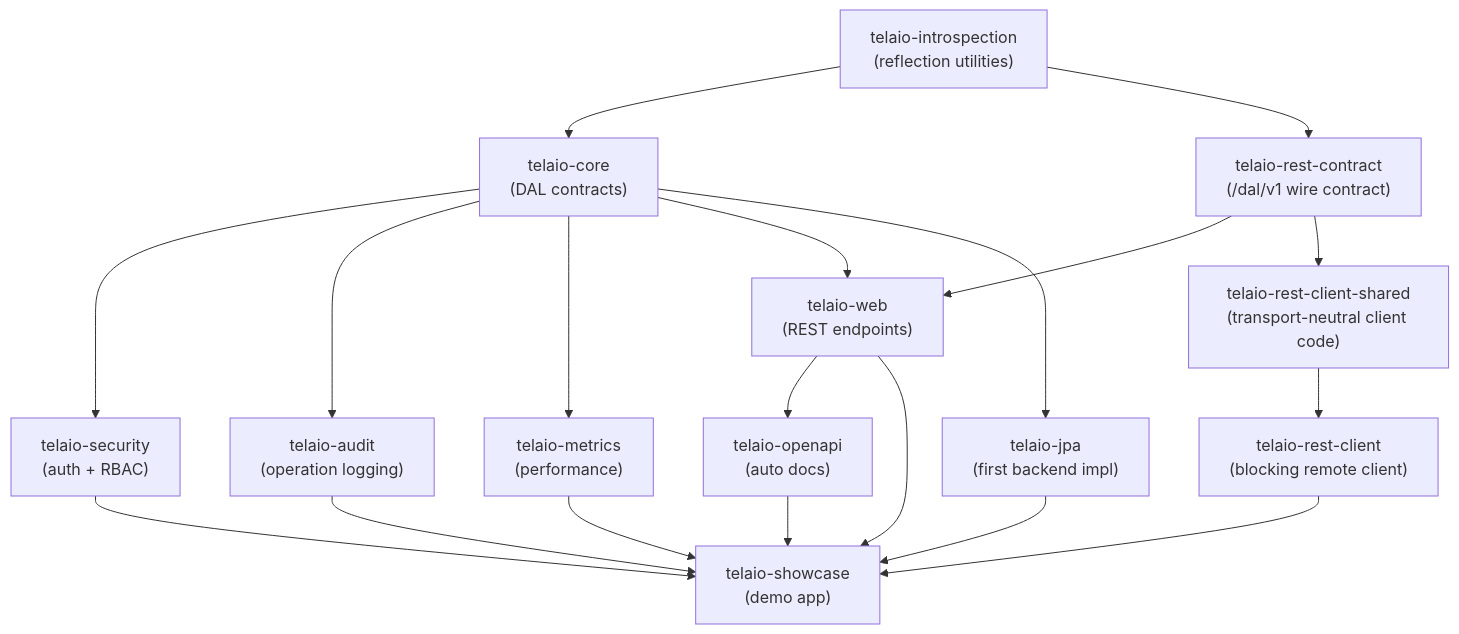
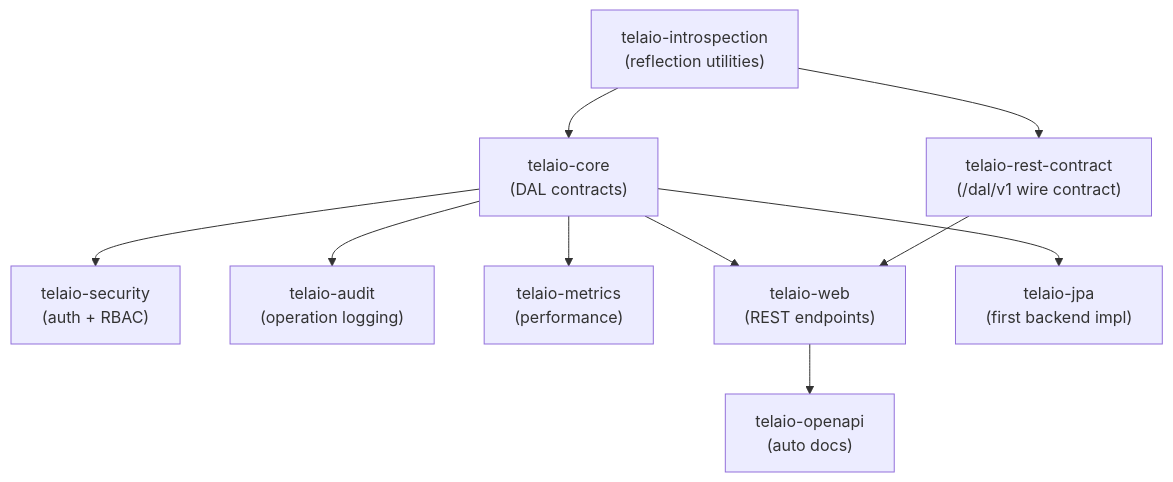
The first of 9 diagrams in docs/architecture.md (marcopag90/telaio), drawn with Mermaid before and after one commit. The commit also changed other lines of this file and 1 other file, not shown here.

First line of the commit message:
docs: split the module graphs into server and client stacks

````diff
--- a/docs/architecture.md
+++ b/docs/architecture.md
@@ -35,22 +41,13 @@
 ```mermaid
 graph TD
     A["telaio-introspection<br/>(reflection utilities)"]
     A --> B["telaio-core<br/>(DAL contracts)"]
     A --> R["telaio-rest-contract<br/>(/dal/v1 wire contract)"]
     B --> C["telaio-security<br/>(auth + RBAC)"]
     B --> D["telaio-audit<br/>(operation logging)"]
     B --> E["telaio-metrics<br/>(performance)"]
     B --> F["telaio-web<br/>(REST endpoints)"]
+    B --> G["telaio-jpa<br/>(first backend impl)"]
     R --> F
-    R --> S["telaio-rest-client-shared<br/>(transport-neutral client code)"]
-    S --> T["telaio-rest-client<br/>(blocking remote client)"]
-    B --> G["telaio-jpa<br/>(first backend impl)"]
     F --> H["telaio-openapi<br/>(auto docs)"]
-    C --> I["telaio-showcase<br/>(demo app)"]
-    D --> I
-    E --> I
-    F --> I
-    G --> I
-    H --> I
-    T --> I
 ```
````
